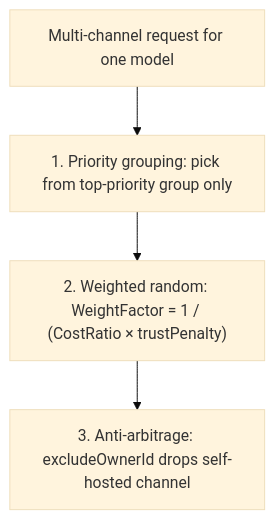
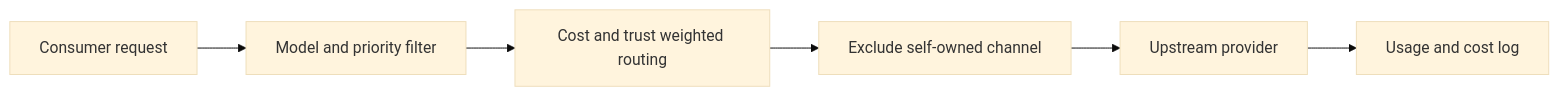
One commit to Liyuk/liyuk.github.io changed the third of 3 diagrams in src/content/projects/2026/08/neo-matrix/en.md. Above: the diagram before and after it, drawn with Mermaid (base theme). The commit also changed other lines of this file and 12 other files, not shown here.

````diff
--- a/src/content/projects/2026/08/neo-matrix/en.md
+++ b/src/content/projects/2026/08/neo-matrix/en.md
@@ -77,6 +152,8 @@
 ```mermaid
-flowchart TD
-    A["Multi-channel request for one model"] --> B["1. Priority grouping: pick from top-priority group only"]
-    B --> C["2. Weighted random: WeightFactor = 1 / (CostRatio × trustPenalty)"]
-    C --> D["3. Anti-arbitrage: excludeOwnerId drops self-hosted channel"]
+flowchart LR
+    A["Consumer request"] --> B["Model and priority filter"]
+    B --> C["Cost and trust weighted routing"]
+    C --> D["Exclude self-owned channel"]
+    D --> E["Upstream provider"]
+    E --> F["Usage and cost log"]
 ```
````
